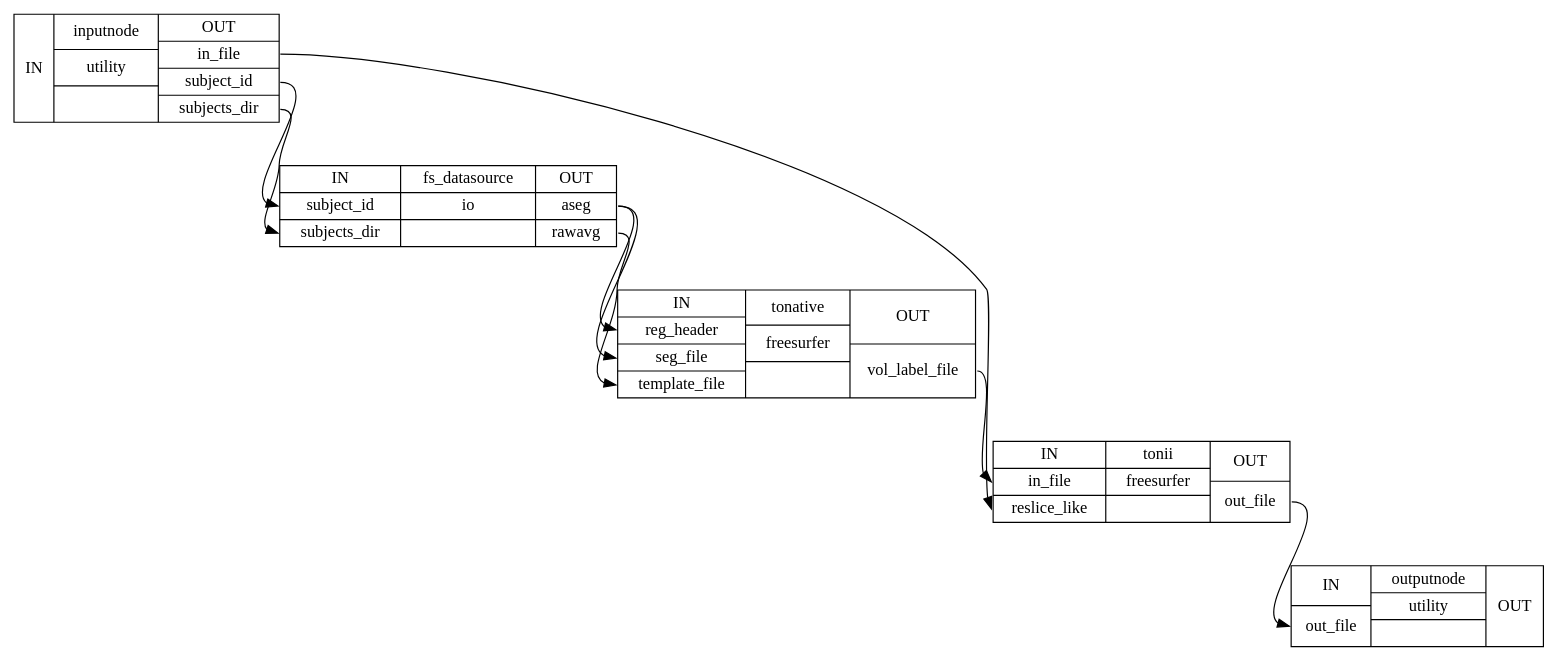
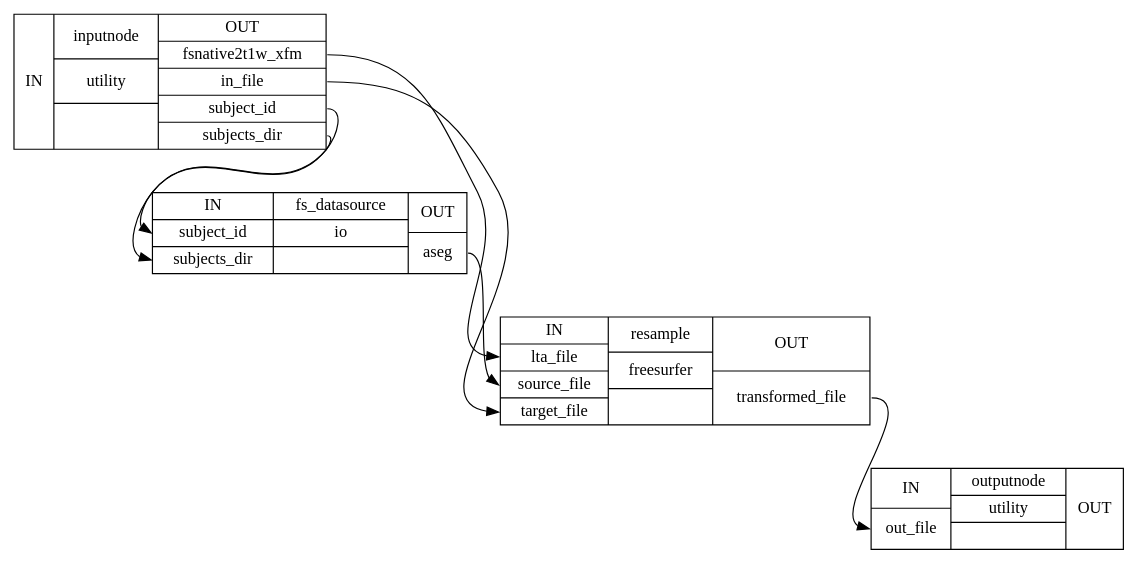
Before and after one commit to nuKs/smriprep: the diagram in 0.6.0rc4/wf_directive/api/segs_to_native_aseg/smriprep-workflows-surfaces-3_detailed.dot, drawn with Graphviz. The commit also changed 2798 other files, not shown here.

```diff
--- a/0.6.0rc4/wf_directive/api/segs_to_native_aseg/smriprep-workflows-surfaces-3_detailed.dot
+++ b/0.6.0rc4/wf_directive/api/segs_to_native_aseg/smriprep-workflows-surfaces-3_detailed.dot
@@ -1,16 +1,13 @@
 digraph structs {
 node [shape=record];
-segs_to_native_aseginputnode [label="{IN}|{ inputnode | utility |  }|{OUT|<outinfile> in_file|<outsubjectid> subject_id|<outsubjectsdir> subjects_dir}"];
-segs_to_native_asegfs_datasource [label="{IN|<insubjectid> subject_id|<insubjectsdir> subjects_dir}|{ fs_datasource | io |  }|{OUT|<outaseg> aseg|<outrawavg> rawavg}"];
-segs_to_native_asegtonative [label="{IN|<inregheader> reg_header|<insegfile> seg_file|<intemplatefile> template_file}|{ tonative | freesurfer |  }|{OUT|<outvollabelfile> vol_label_file}"];
-segs_to_native_asegtonii [label="{IN|<ininfile> in_file|<inreslicelike> reslice_like}|{ tonii | freesurfer |  }|{OUT|<outoutfile> out_file}"];
+segs_to_native_aseginputnode [label="{IN}|{ inputnode | utility |  }|{OUT|<outfsnative2t1wxfm> fsnative2t1w_xfm|<outinfile> in_file|<outsubjectid> subject_id|<outsubjectsdir> subjects_dir}"];
+segs_to_native_asegfs_datasource [label="{IN|<insubjectid> subject_id|<insubjectsdir> subjects_dir}|{ fs_datasource | io |  }|{OUT|<outaseg> aseg}"];
+segs_to_native_asegresample [label="{IN|<inltafile> lta_file|<insourcefile> source_file|<intargetfile> target_file}|{ resample | freesurfer |  }|{OUT|<outtransformedfile> transformed_file}"];
 segs_to_native_asegoutputnode [label="{IN|<inoutfile> out_file}|{ outputnode | utility |  }|{OUT}"];
-segs_to_native_asegfs_datasource:outaseg:e -> segs_to_native_asegtonative:inregheader:w;
-segs_to_native_asegfs_datasource:outaseg:e -> segs_to_native_asegtonative:insegfile:w;
-segs_to_native_asegfs_datasource:outrawavg:e -> segs_to_native_asegtonative:intemplatefile:w;
-segs_to_native_aseginputnode:outinfile:e -> segs_to_native_asegtonii:inreslicelike:w;
+segs_to_native_asegfs_datasource:outaseg:e -> segs_to_native_asegresample:insourcefile:w;
+segs_to_native_aseginputnode:outfsnative2t1wxfm:e -> segs_to_native_asegresample:inltafile:w;
+segs_to_native_aseginputnode:outinfile:e -> segs_to_native_asegresample:intargetfile:w;
 segs_to_native_aseginputnode:outsubjectid:e -> segs_to_native_asegfs_datasource:insubjectid:w;
 segs_to_native_aseginputnode:outsubjectsdir:e -> segs_to_native_asegfs_datasource:insubjectsdir:w;
-segs_to_native_asegtonative:outvollabelfile:e -> segs_to_native_asegtonii:ininfile:w;
-segs_to_native_asegtonii:outoutfile:e -> segs_to_native_asegoutputnode:inoutfile:w;
+segs_to_native_asegresample:outtransformedfile:e -> segs_to_native_asegoutputnode:inoutfile:w;
 }
```
